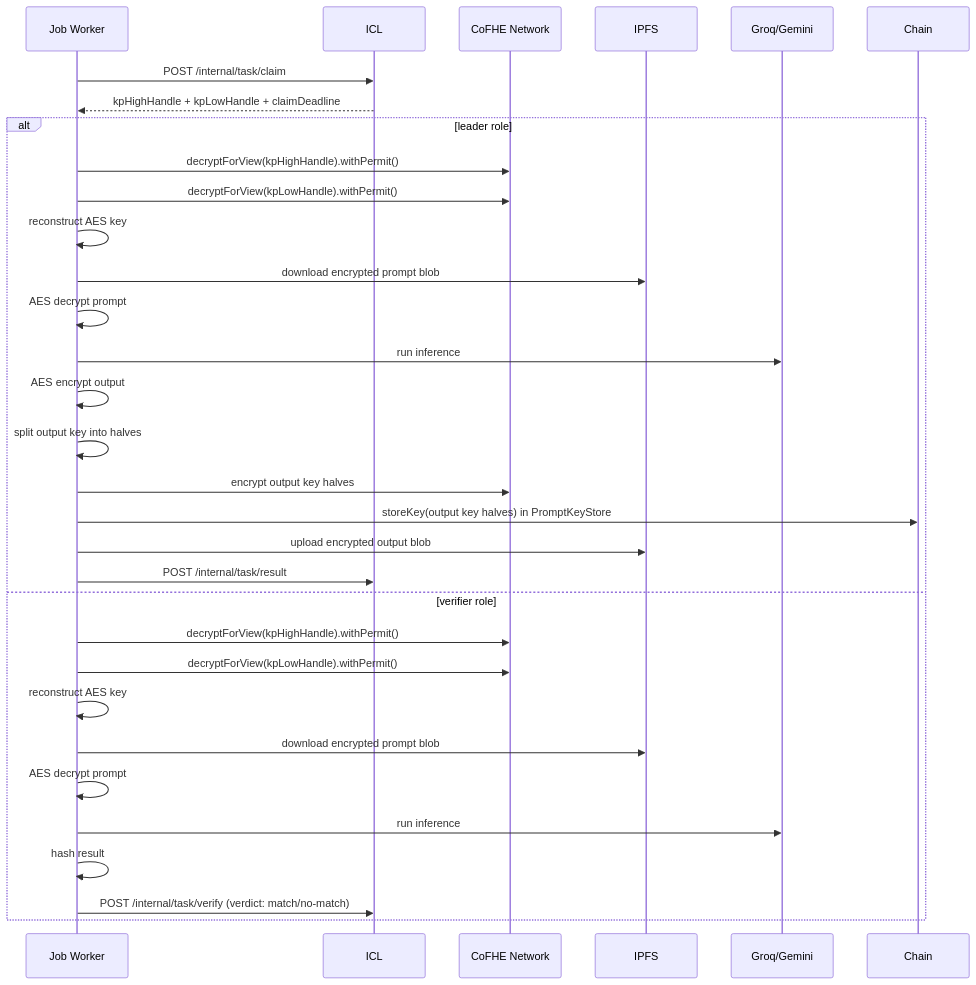
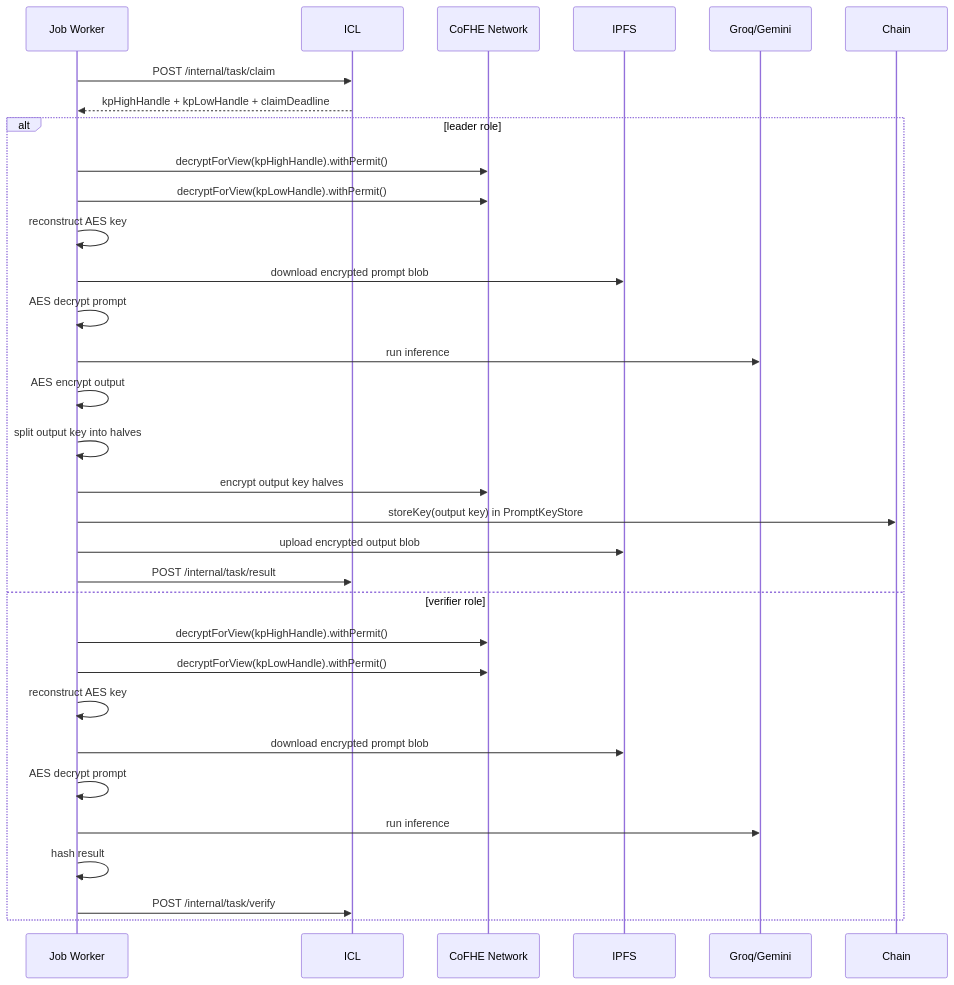
The fifth of 5 diagrams in README.md (AbhishekPanwarr/Blindference-node), drawn with Mermaid before and after one commit. The commit also changed other lines of this file, not shown here.

````diff
--- a/README.md
+++ b/README.md
@@ -237,35 +331,35 @@
 ```mermaid
 sequenceDiagram
-    participant Node as Job Worker
+    participant Worker as Job Worker
     participant ICL
     participant COFHE as CoFHE Network
     participant IPFS
     participant LLM as Groq/Gemini
     
-    Node->>ICL: POST /internal/task/claim
-    ICL-->>Node: kpHighHandle + kpLowHandle + claimDeadline
+    Worker->>ICL: POST /internal/task/claim
+    ICL-->>Worker: kpHighHandle + kpLowHandle + claimDeadline
     
     alt leader role
-        Node->>COFHE: decryptForView(kpHighHandle).withPermit()
-        Node->>COFHE: decryptForView(kpLowHandle).withPermit()
-        Node->>Node: reconstruct AES key
-        Node->>IPFS: download encrypted prompt blob
-        Node->>Node: AES decrypt prompt
-        Node->>LLM: run inference
-        Node->>Node: AES encrypt output
-        Node->>Node: split output key into halves
-        Node->>COFHE: encrypt output key halves
-        Node->>Chain: storeKey(output key halves) in PromptKeyStore
-        Node->>IPFS: upload encrypted output blob
-        Node->>ICL: POST /internal/task/result
+        Worker->>COFHE: decryptForView(kpHighHandle).withPermit()
+        Worker->>COFHE: decryptForView(kpLowHandle).withPermit()
+        Worker->>Worker: reconstruct AES key
+        Worker->>IPFS: download encrypted prompt blob
+        Worker->>Worker: AES decrypt prompt
+        Worker->>LLM: run inference
+        Worker->>Worker: AES encrypt output
+        Worker->>Worker: split output key into halves
+        Worker->>COFHE: encrypt output key halves
+        Worker->>Chain: storeKey(output key) in PromptKeyStore
+        Worker->>IPFS: upload encrypted output blob
+        Worker->>ICL: POST /internal/task/result
     else verifier role
-        Node->>COFHE: decryptForView(kpHighHandle).withPermit()
-        Node->>COFHE: decryptForView(kpLowHandle).withPermit()
-        Node->>Node: reconstruct AES key
-        Node->>IPFS: download encrypted prompt blob
-        Node->>Node: AES decrypt prompt
-        Node->>LLM: run inference
-        Node->>Node: hash result
-        Node->>ICL: POST /internal/task/verify (verdict: match/no-match)
+        Worker->>COFHE: decryptForView(kpHighHandle).withPermit()
+        Worker->>COFHE: decryptForView(kpLowHandle).withPermit()
+        Worker->>Worker: reconstruct AES key
+        Worker->>IPFS: download encrypted prompt blob
+        Worker->>Worker: AES decrypt prompt
+        Worker->>LLM: run inference
+        Worker->>Worker: hash result
+        Worker->>ICL: POST /internal/task/verify
     end
 ```
````
